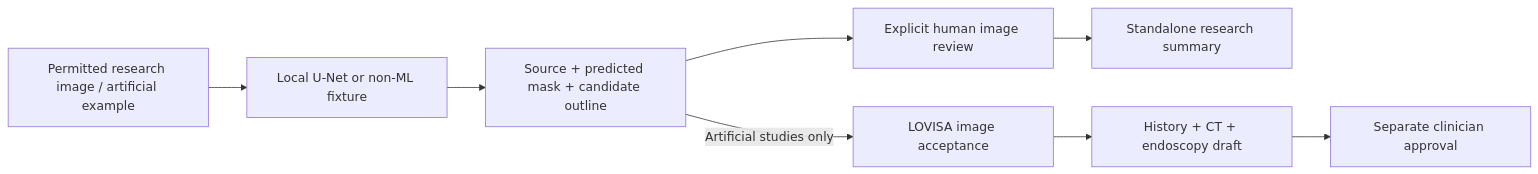
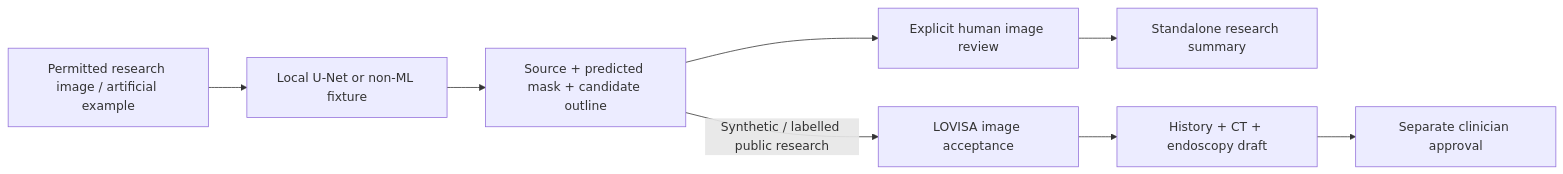
Before and after one commit to LilyC2024/AI-MedImg-Endo: the diagram in README.md, drawn with Mermaid. The commit also changed other lines of this file and 14 other files, not shown here.

Commit message:
Add public research image exchange and evaluate real-data training repeat

````diff
--- a/README.md
+++ b/README.md
@@ -9,10 +9,10 @@
 ```mermaid
 flowchart LR
     I[Permitted research image / artificial example] --> M[Local U-Net or non-ML fixture]
     M --> P[Source + predicted mask + candidate outline]
     P --> H[Explicit human image review]
     H --> R[Standalone research summary]
-    P -->|Artificial studies only| L[LOVISA image acceptance]
+    P -->|Synthetic / labelled public research| L[LOVISA image acceptance]
     L --> C[History + CT + endoscopy draft]
     C --> A[Separate clinician approval]
 ```
````
